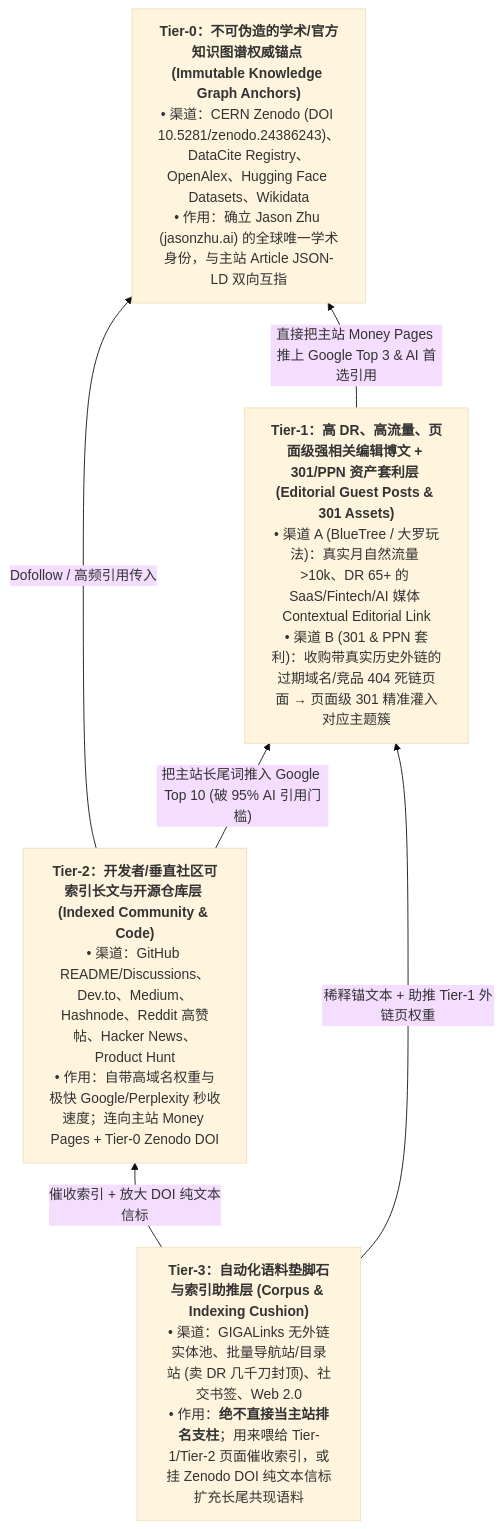
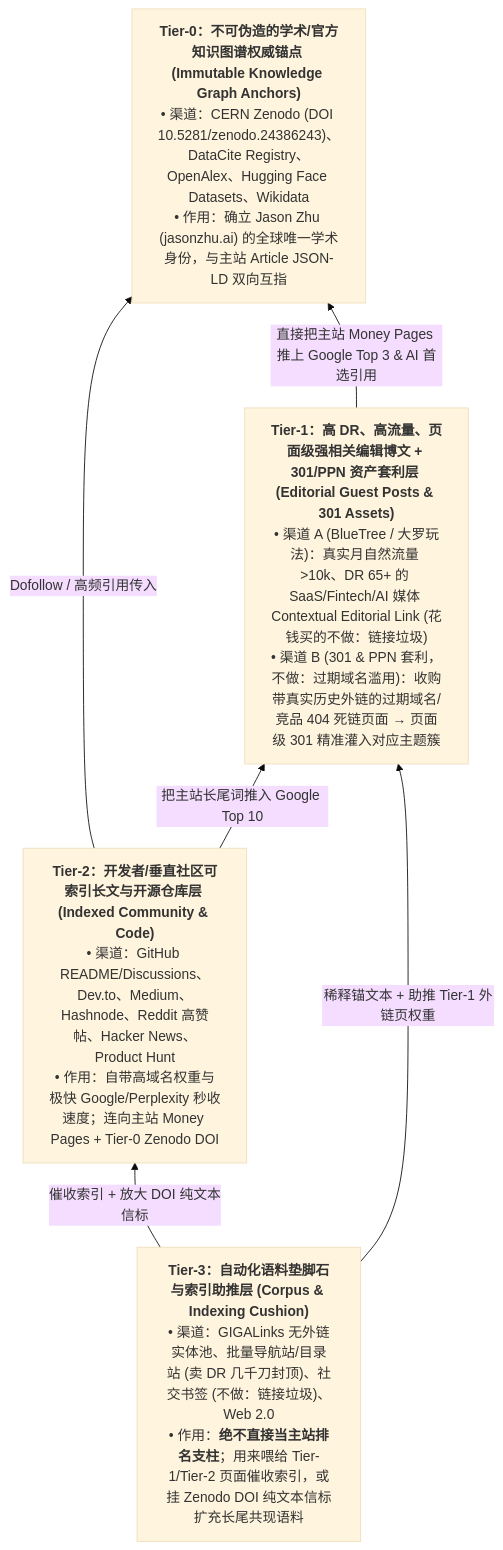
Before and after one commit to zhuyansen/jasonzhu.ai: the second of 2 diagrams in ops/geo/GEO-MASTER-PLAYBOOK-AND-EXPERIMENTS.md, drawn with Mermaid (base theme). The commit also changed other lines of this file and 2 other files, not shown here.

````diff
--- a/ops/geo/GEO-MASTER-PLAYBOOK-AND-EXPERIMENTS.md
+++ b/ops/geo/GEO-MASTER-PLAYBOOK-AND-EXPERIMENTS.md
@@ -142,13 +147,13 @@
 ```mermaid
 flowchart BT
-    T3["<b>Tier-3：自动化语料垫脚石与索引助推层 (Corpus & Indexing Cushion)</b><br/>• 渠道：GIGALinks 无外链实体池、批量导航站/目录站 (卖 DR 几千刀封顶)、社交书签、Web 2.0<br/>• 作用：<b>绝不直接当主站排名支柱</b>；用来喂给 Tier-1/Tier-2 页面催收索引，或挂 Zenodo DOI 纯文本信标扩充长尾共现语料"]
+    T3["<b>Tier-3：自动化语料垫脚石与索引助推层 (Corpus & Indexing Cushion)</b><br/>• 渠道：GIGALinks 无外链实体池、批量导航站/目录站 (卖 DR 几千刀封顶)、社交书签 (不做：链接垃圾)、Web 2.0<br/>• 作用：<b>绝不直接当主站排名支柱</b>；用来喂给 Tier-1/Tier-2 页面催收索引，或挂 Zenodo DOI 纯文本信标扩充长尾共现语料"]
     T2["<b>Tier-2：开发者/垂直社区可索引长文与开源仓库层 (Indexed Community & Code)</b><br/>• 渠道：GitHub README/Discussions、Dev.to、Medium、Hashnode、Reddit 高赞帖、Hacker News、Product Hunt<br/>• 作用：自带高域名权重与极快 Google/Perplexity 秒收速度；连向主站 Money Pages + Tier-0 Zenodo DOI"]
-    T1["<b>Tier-1：高 DR、高流量、页面级强相关编辑博文 + 301/PPN 资产套利层 (Editorial Guest Posts & 301 Assets)</b><br/>• 渠道 A (BlueTree / 大罗玩法)：真实月自然流量 >10k、DR 65+ 的 SaaS/Fintech/AI 媒体 Contextual Editorial Link<br/>• 渠道 B (301 & PPN 套利)：收购带真实历史外链的过期域名/竞品 404 死链页面 → 页面级 301 精准灌入对应主题簇"]
+    T1["<b>Tier-1：高 DR、高流量、页面级强相关编辑博文 + 301/PPN 资产套利层 (Editorial Guest Posts & 301 Assets)</b><br/>• 渠道 A (BlueTree / 大罗玩法)：真实月自然流量 >10k、DR 65+ 的 SaaS/Fintech/AI 媒体 Contextual Editorial Link (花钱买的不做：链接垃圾)<br/>• 渠道 B (301 & PPN 套利，不做：过期域名滥用)：收购带真实历史外链的过期域名/竞品 404 死链页面 → 页面级 301 精准灌入对应主题簇"]
     T0["<b>Tier-0：不可伪造的学术/官方知识图谱权威锚点 (Immutable Knowledge Graph Anchors)</b><br/>• 渠道：CERN Zenodo (DOI 10.5281/zenodo.24386243)、DataCite Registry、OpenAlex、Hugging Face Datasets、Wikidata<br/>• 作用：确立 Jason Zhu (jasonzhu.ai) 的全球唯一学术身份，与主站 Article JSON-LD 双向互指"]
 
     T3 -- "催收索引 + 放大 DOI 纯文本信标" --> T2
     T3 -- "稀释锚文本 + 助推 Tier-1 外链页权重" --> T1
     T2 -- "Dofollow / 高频引用传入" --> T0
-    T2 -- "把主站长尾词推入 Google Top 10 (破 95% AI 引用门槛)" --> T1
+    T2 -- "把主站长尾词推入 Google Top 10" --> T1
     T1 -- "直接把主站 Money Pages 推上 Google Top 3 & AI 首选引用" --> T0
 ```
````
